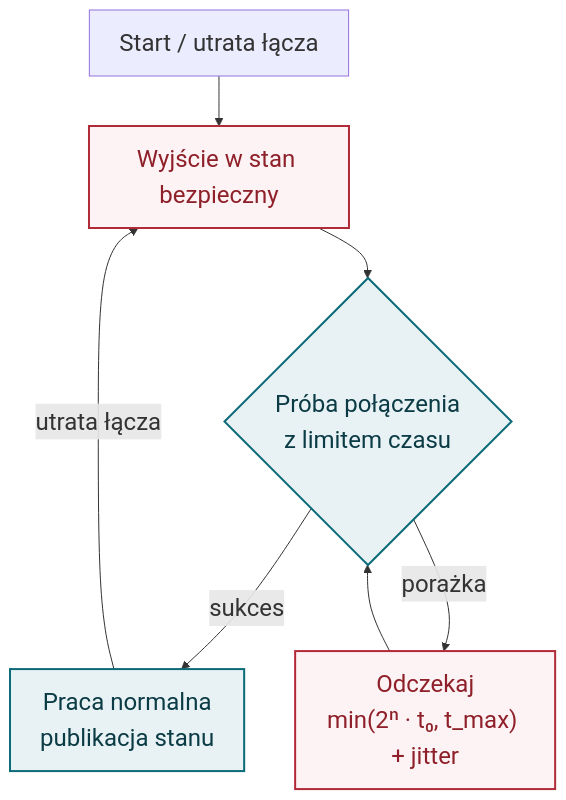
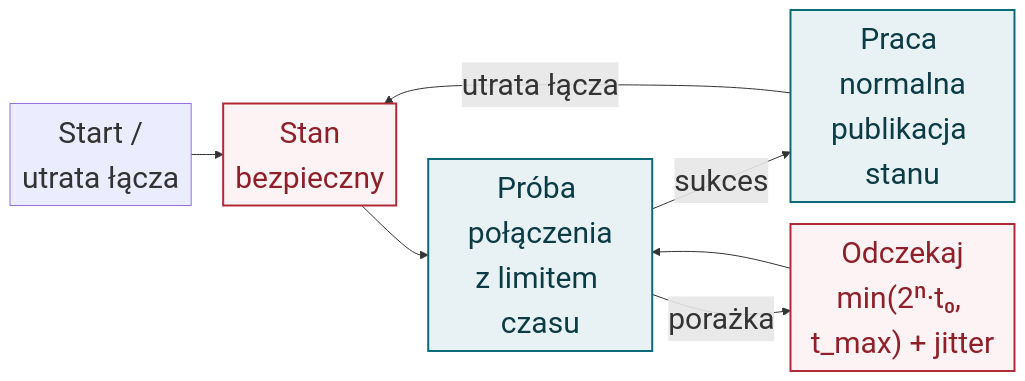
The first of 3 diagrams in slides/03-lacznosc-i-ota.qmd (moondec/iot_lectures), drawn with Mermaid before and after one commit. The commit also changed other lines of this file and 17 other files, not shown here.

First line of the commit message:
Make Mermaid diagrams legible and stop label clipping

````diff
--- a/slides/03-lacznosc-i-ota.qmd
+++ b/slides/03-lacznosc-i-ota.qmd
@@ -283,16 +283,16 @@
 ```{mermaid}
-%%| fig-width: 7.2
-%%| fig-height: 5.2
-%%{init: {"themeVariables": {"fontSize": "24px"}}}%%
-flowchart TD
-    S["Start / utrata łącza"] --> B["Wyjście w stan bezpieczny"]
-    B --> P{"Próba połączenia<br>z limitem czasu"}
+%%| fig-width: 12
+%%| fig-height: 2.6
+%%{init: {"themeVariables": {"fontSize": "30px"}, "flowchart": {"nodeSpacing": 22, "rankSpacing": 32, "padding": 6, "diagramPadding": 4}}}%%
+flowchart LR
+    S["Start /<br>utrata łącza"] --> B["Stan<br>bezpieczny"]
+    B --> P["Próba połączenia<br>z limitem czasu"]
     P -- "sukces" --> O["Praca normalna<br>publikacja stanu"]
-    P -- "porażka" --> W["Odczekaj<br>min(2ⁿ · t₀, t_max) + jitter"]
+    P -- "porażka" --> W["Odczekaj<br>min(2ⁿ·t₀, t_max) + jitter"]
     W --> P
     O -- "utrata łącza" --> B
     classDef n fill:#e8f2f4,stroke:#0b6b78,stroke-width:2px,color:#0b3b45
     classDef r fill:#fdf3f4,stroke:#b02a37,stroke-width:2px,color:#8f2029
     class O,P n
     class B,W r
 ```
````
